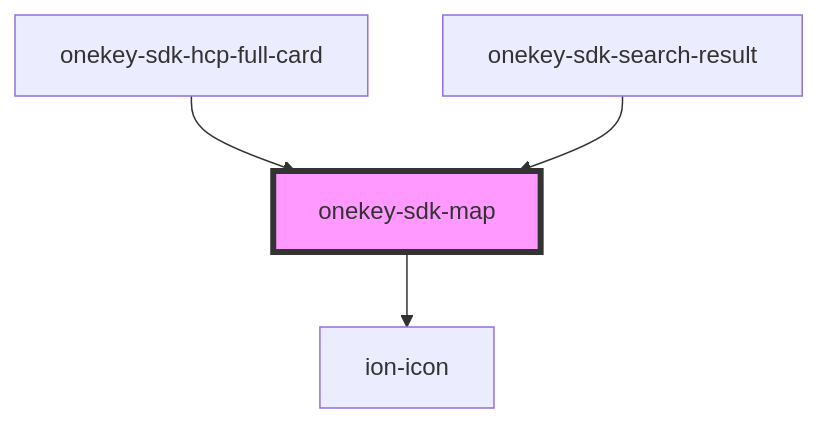
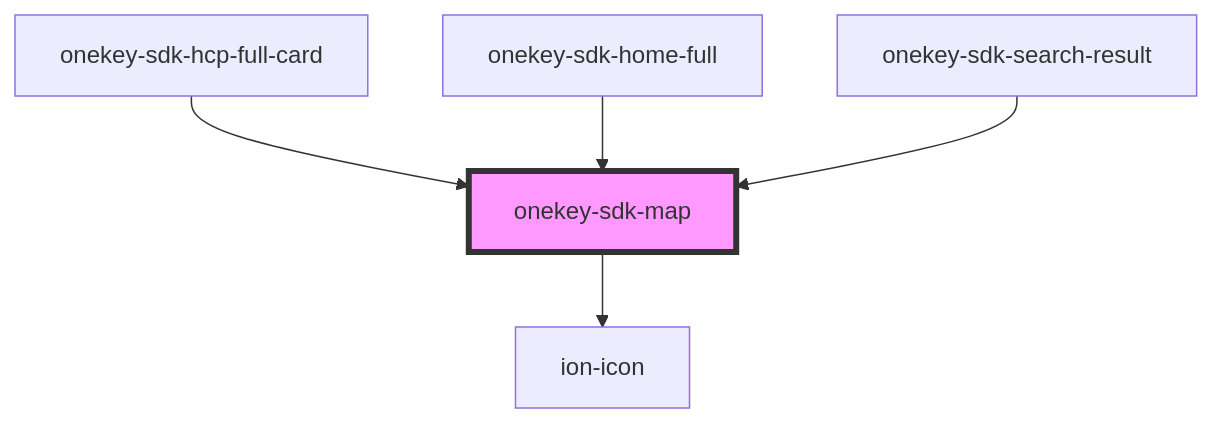
One commit to hcl-sdk/HealthCareLocatorWebSDK changed the diagram in packages/onekey-sdk-core-ui/docs/components/ui-kits/onekey-sdk-map/readme.md. Above: the diagram before and after it, drawn with Mermaid. The commit also changed other lines of this file and 8 other files, not shown here.

````diff
--- a/packages/onekey-sdk-core-ui/docs/components/ui-kits/onekey-sdk-map/readme.md
+++ b/packages/onekey-sdk-core-ui/docs/components/ui-kits/onekey-sdk-map/readme.md
@@ -45,7 +46,8 @@
 ```mermaid
 graph TD;
   onekey-sdk-map --> ion-icon
   onekey-sdk-hcp-full-card --> onekey-sdk-map
+  onekey-sdk-home-full --> onekey-sdk-map
   onekey-sdk-search-result --> onekey-sdk-map
   style onekey-sdk-map fill:#f9f,stroke:#333,stroke-width:4px
 ```
````
